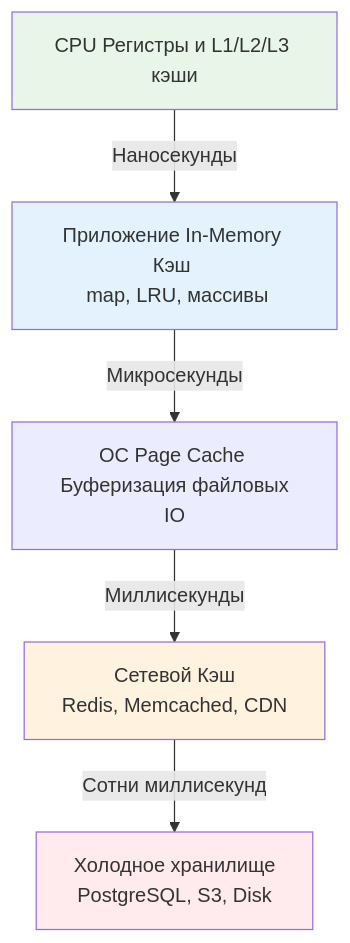
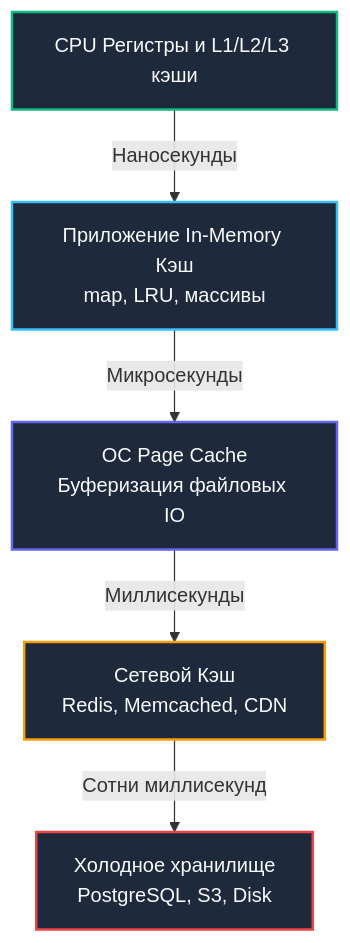
Before and after one commit to UnrealTemplier/go-textbook: the first of 2 diagrams in sources/20. Алгоритмы и структуры данных (DSA) на Go/14. Практические паттерны/1. Проектирование кэшей.md, drawn with Mermaid. The commit also changed other lines of this file, not shown here.

Commit message:
feat(module-20): editorial rewrite of 14.1 Cache Design in Kernighan style

````diff
--- a/sources/20. Алгоритмы и структуры данных (DSA) на Go/14. Практические паттерны/1. Проектирование кэшей.md
+++ b/sources/20. Алгоритмы и структуры данных (DSA) на Go/14. Практические паттерны/1. Проектирование кэшей.md
@@ -48,12 +60,13 @@
 ```mermaid
 flowchart TD
-    CPU["CPU Регистры и L1/L2/L3 кэши"] -->|Наносекунды| App["Приложение In-Memory Кэш <br> map, LRU, массивы"]
-    App -->|Микросекунды| OS["ОС Page Cache <br> Буферизация файловых IO"]
-    OS -->|Миллисекунды| Net["Сетевой Кэш <br> Redis, Memcached, CDN"]
-    Net -->|Сотни миллисекунд| DB["Холодное хранилище <br> PostgreSQL, S3, Disk"]
+    CPU["CPU Регистры и L1/L2/L3 кэши"] -->|Наносекунды| App["Приложение In-Memory Кэш<br/>map, LRU, массивы"]
+    App -->|Микросекунды| OS["ОС Page Cache<br/>Буферизация файловых IO"]
+    OS -->|Миллисекунды| Net["Сетевой Кэш<br/>Redis, Memcached, CDN"]
+    Net -->|Сотни миллисекунд| DB["Холодное хранилище<br/>PostgreSQL, S3, Disk"]
     
-    style CPU fill:#e8f5e8
-    style App fill:#e3f2fd
-    style Net fill:#fff3e0
-    style DB fill:#ffebee
+    style CPU fill:#1e293b,stroke:#10b981,stroke-width:2px,color:#f8fafc
+    style App fill:#1e293b,stroke:#38bdf8,stroke-width:2px,color:#f8fafc
+    style OS fill:#1e293b,stroke:#6366f1,stroke-width:2px,color:#f8fafc
+    style Net fill:#1e293b,stroke:#f59e0b,stroke-width:2px,color:#f8fafc
+    style DB fill:#1e293b,stroke:#ef4444,stroke-width:2px,color:#f8fafc
 ```
````
